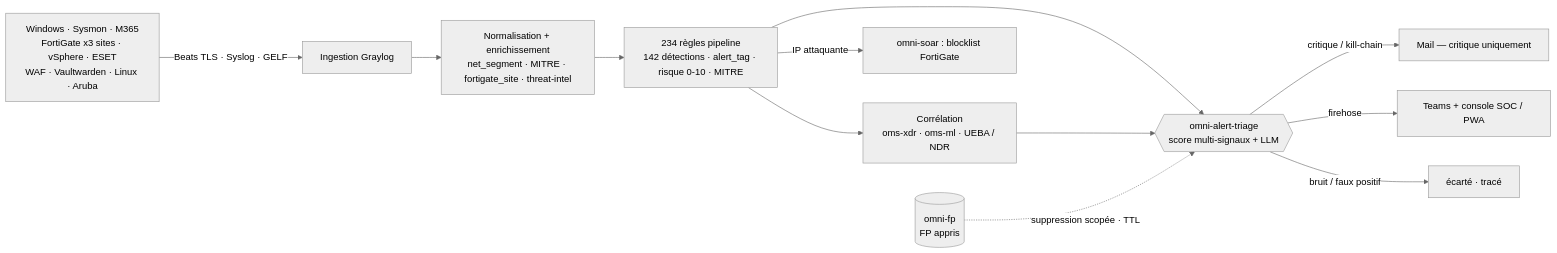
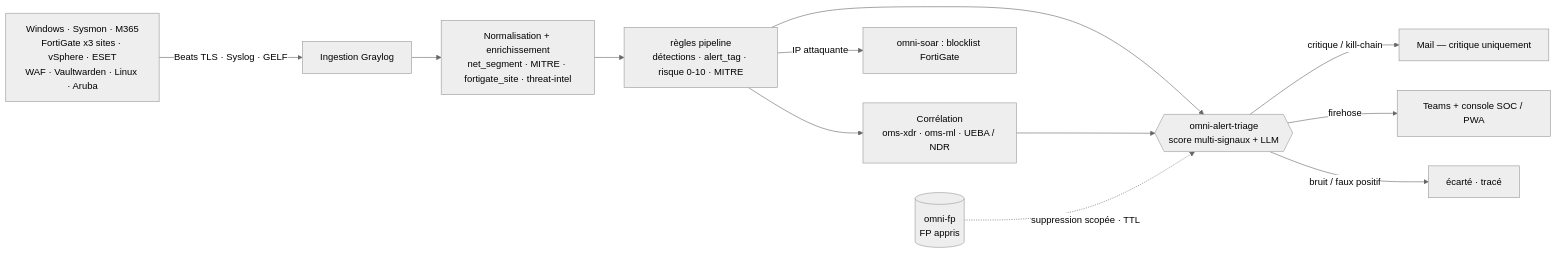
Before and after one commit to jmorin-info/omnitech-siem-setup: the first of 2 diagrams in README.fr.md, drawn with Mermaid (neutral theme). The commit also changed other lines of this file and 44 other files, not shown here.

````diff
--- a/README.fr.md
+++ b/README.fr.md
@@ -119,15 +125,15 @@
 ```mermaid
 flowchart LR
   A["Windows · Sysmon · M365<br/>FortiGate x3 sites · vSphere · ESET<br/>WAF · Vaultwarden · Linux · Aruba"]
   A -->|"Beats TLS · Syslog · GELF"| ING["Ingestion Graylog"]
   ING --> ENR["Normalisation + enrichissement<br/>net_segment · MITRE · fortigate_site · threat-intel"]
-  ENR --> DET["234 règles pipeline<br/>142 détections · alert_tag · risque 0-10 · MITRE"]
+  ENR --> DET["règles pipeline<br/>détections · alert_tag · risque 0-10 · MITRE"]
   DET --> XDR["Corrélation<br/>oms-xdr · oms-ml · UEBA / NDR"]
   DET --> TRI{{"omni-alert-triage<br/>score multi-signaux + LLM"}}
   XDR --> TRI
   TRI -->|"critique / kill-chain"| MAIL["Mail — critique uniquement"]
   TRI -->|"firehose"| TEAMS["Teams + console SOC / PWA"]
   TRI -->|"bruit / faux positif"| DROP["écarté · tracé"]
   DET -->|"IP attaquante"| SOAR["omni-soar : blocklist FortiGate"]
   FP[("omni-fp<br/>FP appris")] -.->|"suppression scopée · TTL"| TRI
 ```
````
